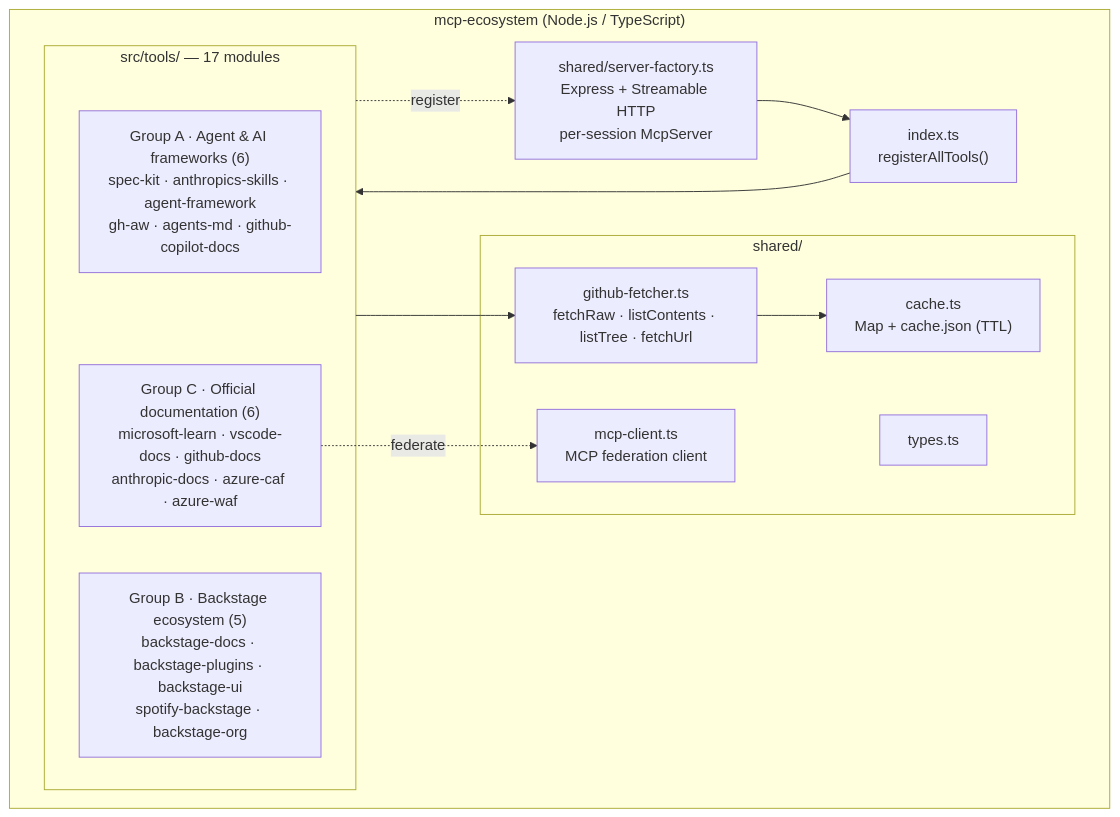
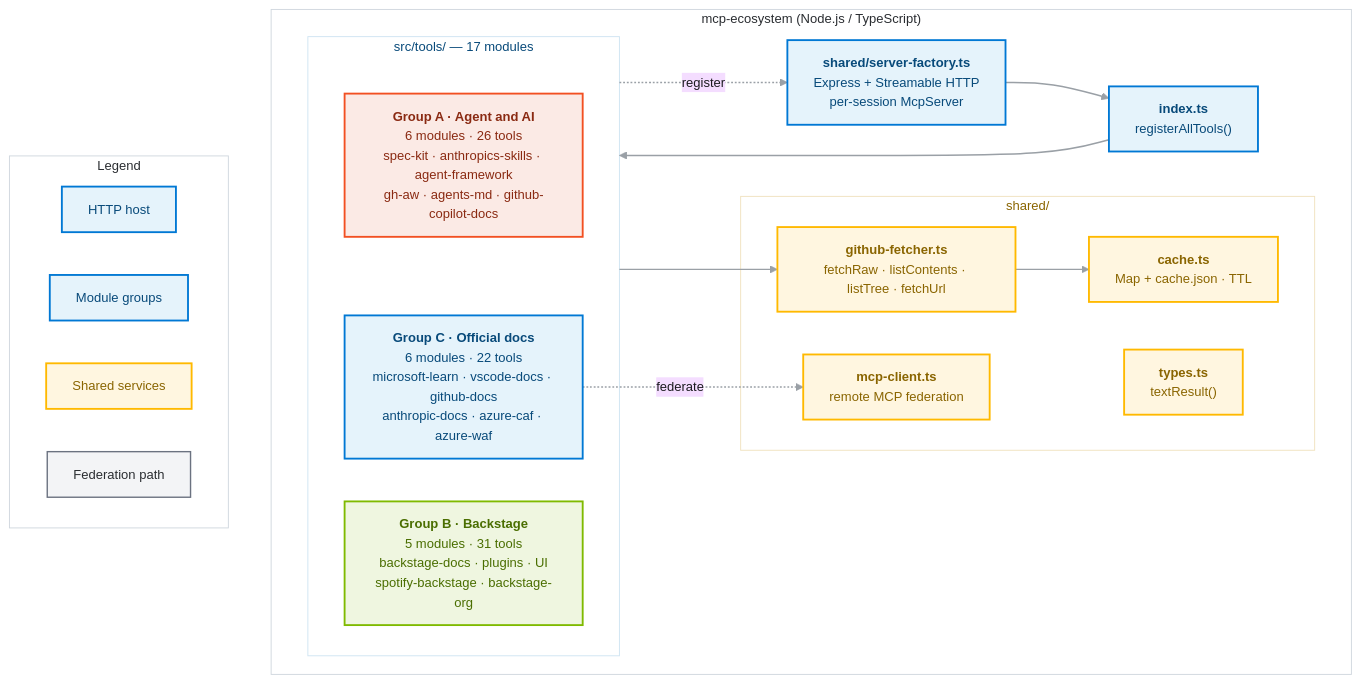
The second of 5 diagrams in mcp-servers/ARCHITECTURE.md (Ohorizons/ohorizons-lastest), drawn with Mermaid before and after one commit. The commit also changed other lines of this file and 43 other files, not shown here.

First line of the commit message:
Update documentation and configuration for Azure Managed Redis and architecture diagrams

````diff
--- a/mcp-servers/ARCHITECTURE.md
+++ b/mcp-servers/ARCHITECTURE.md
@@ -70,23 +92,50 @@
 ```mermaid
+%%{init: {'theme':'base','themeVariables':{'background':'#FFFFFF','mainBkg':'#FFFFFF','fontFamily':'Segoe UI, system-ui, sans-serif','fontSize':'14px','primaryTextColor':'#1B1B1F','lineColor':'#9AA0A6','clusterBkg':'#FFFFFF','clusterBorder':'#D0D7DE'},'flowchart':{'curve':'basis','padding':14,'nodeSpacing':46,'rankSpacing':54}}}%%
 flowchart TB
     subgraph Server["mcp-ecosystem (Node.js / TypeScript)"]
-        IDX["index.ts<br/>registerAllTools()"]
-        FACT["shared/server-factory.ts<br/>Express + Streamable HTTP<br/>per-session McpServer"]
+    IDX["<b>index.ts</b><br/>registerAllTools()"]
+    FACT["<b>shared/server-factory.ts</b><br/>Express + Streamable HTTP<br/>per-session McpServer"]
         subgraph Shared["shared/"]
-            CACHE["cache.ts<br/>Map + cache.json (TTL)"]
-            FETCH["github-fetcher.ts<br/>fetchRaw · listContents · listTree · fetchUrl"]
-            MCPC["mcp-client.ts<br/>MCP federation client"]
-            TYPES["types.ts"]
+      CACHE["<b>cache.ts</b><br/>Map + cache.json · TTL"]
+      FETCH["<b>github-fetcher.ts</b><br/>fetchRaw · listContents · listTree · fetchUrl"]
+      MCPC["<b>mcp-client.ts</b><br/>remote MCP federation"]
+      TYPES["<b>types.ts</b><br/>textResult()"]
         end
         subgraph Tools["src/tools/ — 17 modules"]
-            GA["Group A · Agent & AI frameworks (6)<br/>spec-kit · anthropics-skills · agent-framework<br/>gh-aw · agents-md · github-copilot-docs"]
-            GB["Group B · Backstage ecosystem (5)<br/>backstage-docs · backstage-plugins · backstage-ui<br/>spotify-backstage · backstage-org"]
-            GC["Group C · Official documentation (6)<br/>microsoft-learn · vscode-docs · github-docs<br/>anthropic-docs · azure-caf · azure-waf"]
+            GA["<b>Group A · Agent and AI</b><br/>6 modules · 26 tools<br/>spec-kit · anthropics-skills · agent-framework<br/>gh-aw · agents-md · github-copilot-docs"]
+      GB["<b>Group B · Backstage</b><br/>5 modules · 31 tools<br/>backstage-docs · plugins · UI<br/>spotify-backstage · backstage-org"]
+      GC["<b>Group C · Official docs</b><br/>6 modules · 22 tools<br/>microsoft-learn · vscode-docs · github-docs<br/>anthropic-docs · azure-caf · azure-waf"]
         end
     end
 
     FACT --> IDX --> Tools
     Tools --> FETCH --> CACHE
     GC -.->|federate| MCPC
     Tools -.->|register| FACT
+
+  subgraph Legend["Legend"]
+    LG1["HTTP host"]
+    LG2["Module groups"]
+    LG3["Shared services"]
+    LG4["Federation path"]
+  end
+
+  classDef host fill:#E5F3FB,stroke:#0078D4,stroke-width:2px,color:#084A7A;
+  classDef groupA fill:#FBEAE5,stroke:#F25022,stroke-width:2px,color:#8A2A12;
+  classDef groupB fill:#EFF6E0,stroke:#7FBA00,stroke-width:2px,color:#4A6E00;
+  classDef groupC fill:#E5F3FB,stroke:#0078D4,stroke-width:2px,color:#084A7A;
+  classDef shared fill:#FFF6E0,stroke:#FFB900,stroke-width:2px,color:#8A6500;
+  classDef neutral fill:#F3F4F6,stroke:#6B7280,stroke-width:1.5px,color:#2A2D31;
+
+  class FACT,IDX,LG1 host
+  class GA groupA
+  class GB groupB
+  class GC,LG2 groupC
+  class CACHE,FETCH,MCPC,TYPES,LG3 shared
+  class LG4 neutral
+  style Server fill:#FFFFFF,stroke:#D0D7DE,stroke-width:1px,color:#2A2D31
+  style Shared fill:#FFFFFF,stroke:#F0E2BF,stroke-width:1px,color:#8A6500
+  style Tools fill:#FFFFFF,stroke:#CFE4F2,stroke-width:1px,color:#084A7A
+  style Legend fill:#FFFFFF,stroke:#D0D7DE,stroke-width:1px,color:#2A2D31
+  linkStyle default stroke:#9AA0A6,stroke-width:1.6px
 ```
````
